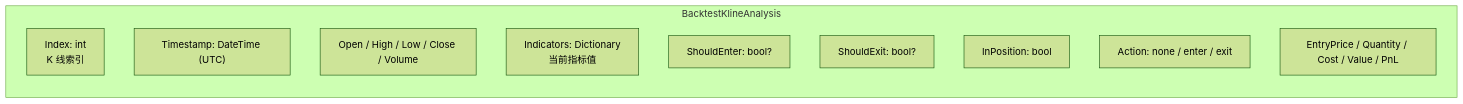
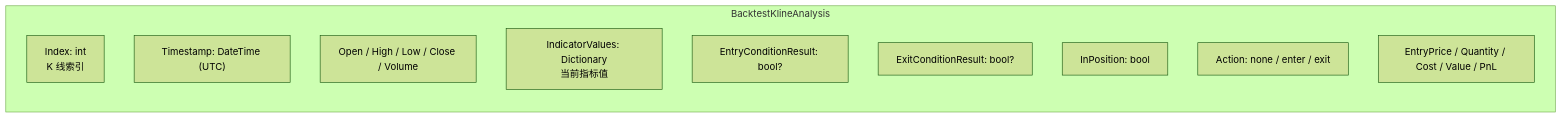
One commit to bambuo/TradeX changed diagram 14 of 16 in docs/回测引擎工作流程.md. Above: the diagram before and after it, drawn with Mermaid (forest theme). The commit also changed 52 other files, not shown here.

````diff
--- a/docs/回测引擎工作流程.md
+++ b/docs/回测引擎工作流程.md
@@ -473,14 +473,14 @@
 ```mermaid
 flowchart LR
     subgraph Analysis["BacktestKlineAnalysis"]
         A1["Index: int<br/>K 线索引"]
         A2["Timestamp: DateTime (UTC)"]
         A3["Open / High / Low / Close / Volume"]
-        A4["Indicators: Dictionary<br/>当前指标值"]
-        A5["ShouldEnter: bool?"]
-        A6["ShouldExit: bool?"]
+        A4["IndicatorValues: Dictionary<br/>当前指标值"]
+        A5["EntryConditionResult: bool?"]
+        A6["ExitConditionResult: bool?"]
         A7["InPosition: bool"]
         A8["Action: none / enter / exit"]
         A9["EntryPrice / Quantity / Cost / Value / PnL"]
     end
 ```
````
